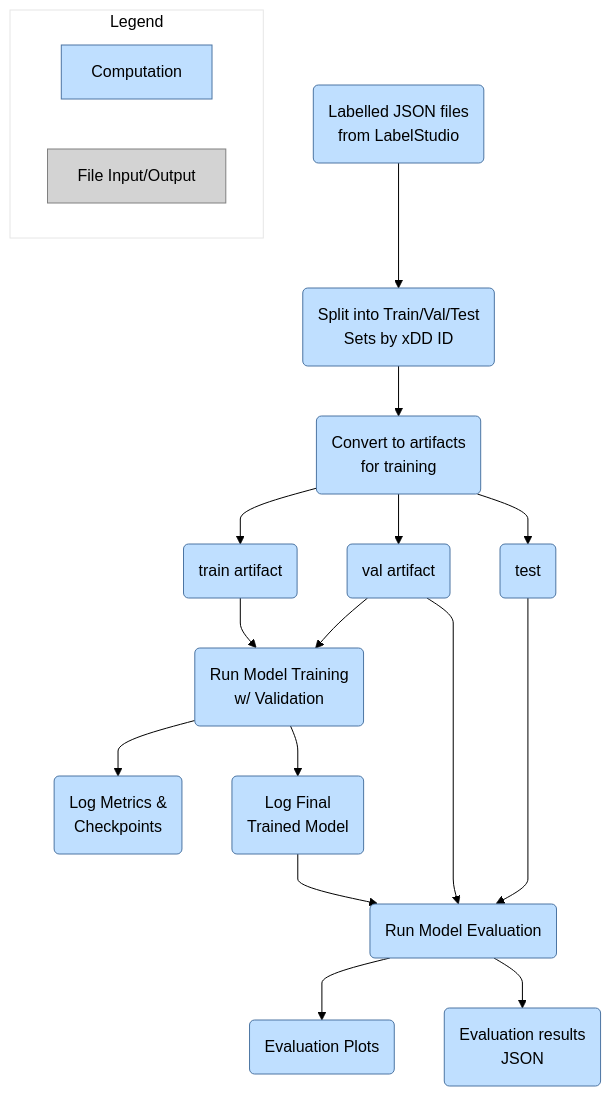
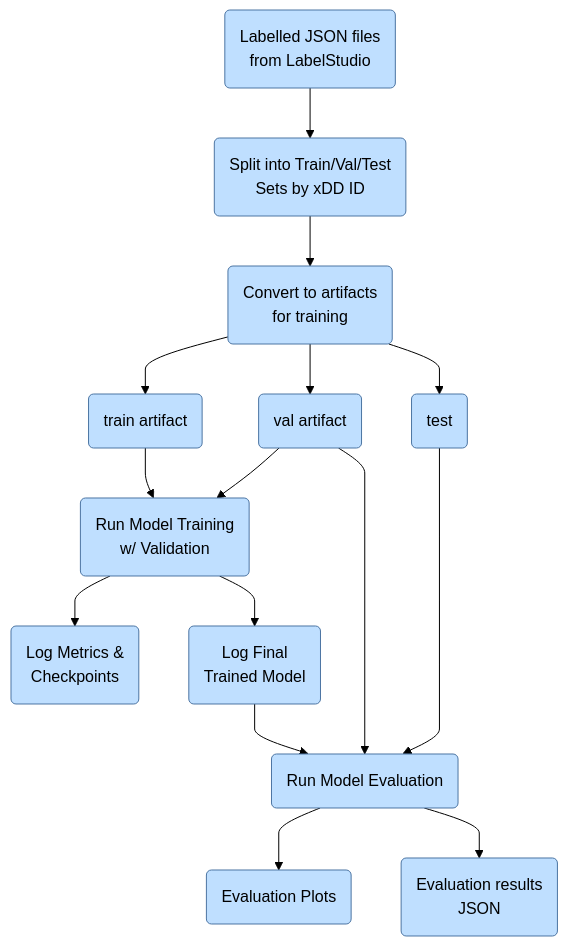
The first of 2 diagrams in reports/final/finding-fossils-final.qmd (NeotomaDB/MetaExtractor), drawn with Mermaid before and after one commit.

Commit message:
docs: remove diagram legend

````diff
--- a/reports/final/finding-fossils-final.qmd
+++ b/reports/final/finding-fossils-final.qmd
@@ -461,27 +461,21 @@
 ```{mermaid}
 %%| label: fig-training-pipeline
 %%| fig-cap: "The Entity Extraction model training process runs with intermediate files and processes."
 %%| fig-height: 6
 %%{init: {'theme':'base','themeVariables': {'fontFamily': 'arial','primaryColor': '#BFDFFF','primaryTextColor': '#000','primaryBorderColor': '#4C75A3','lineColor': '#000','secondaryColor': '#006100','tertiaryColor': '#fff'}, 'flowchart' : {'curve':'monotoneY'}}}%%
 flowchart TD
 F8(Labelled JSON files\nfrom LabelStudio) --> C2(Split into Train/Val/Test\nSets by xDD ID)
 C2 --> C5(Convert to artifacts \nfor training)
 C5 --> F1(test)
 C5 --> F3(val artifact)
 C5 --> F2(train artifact)
 F3 --> C4
 F2 --> C4(Run Model Training \nw/ Validation)
 F1 ----> C3(Run Model Evaluation)
 F3 --> C3
 C4 --> F7(Log Metrics &\nCheckpoints)
 C4 --> F4(Log Final\nTrained Model)
 F4 --> C3
 C3 --> F6(Evaluation Plots)
 C3 --> F5(Evaluation results\nJSON)
-subgraph Legend
-    computation[Computation] 
-    fileOutput[File Input/Output]
-    style computation fill:#BFDFFF, stroke:#4C75A3
-    style fileOutput fill:#d3d3d3, stroke:#808080
-end
 ```
````
